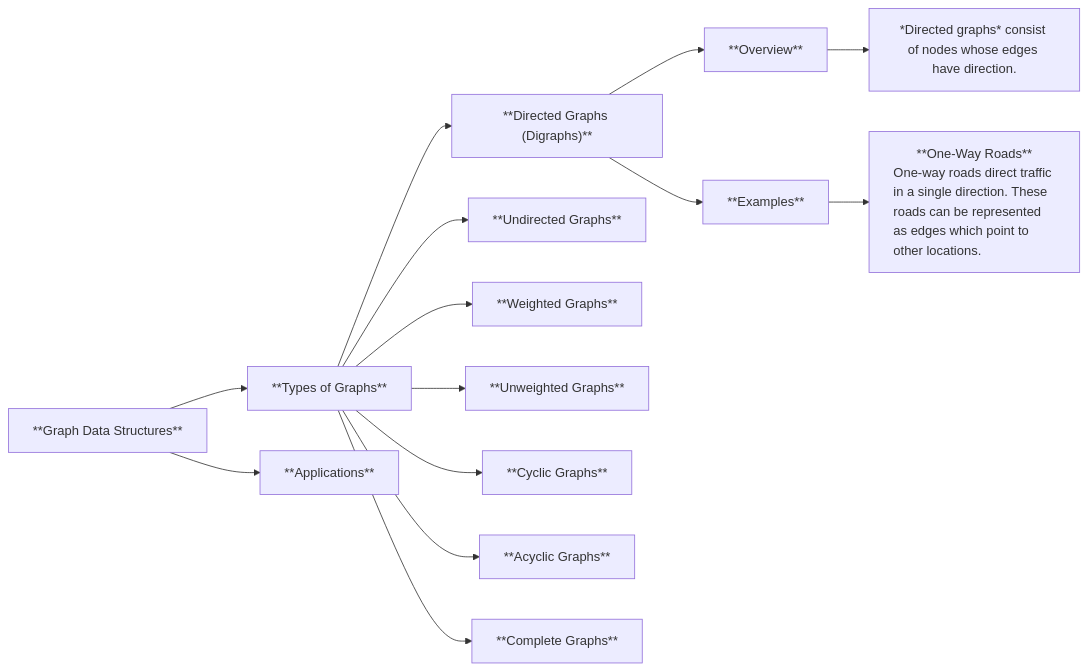
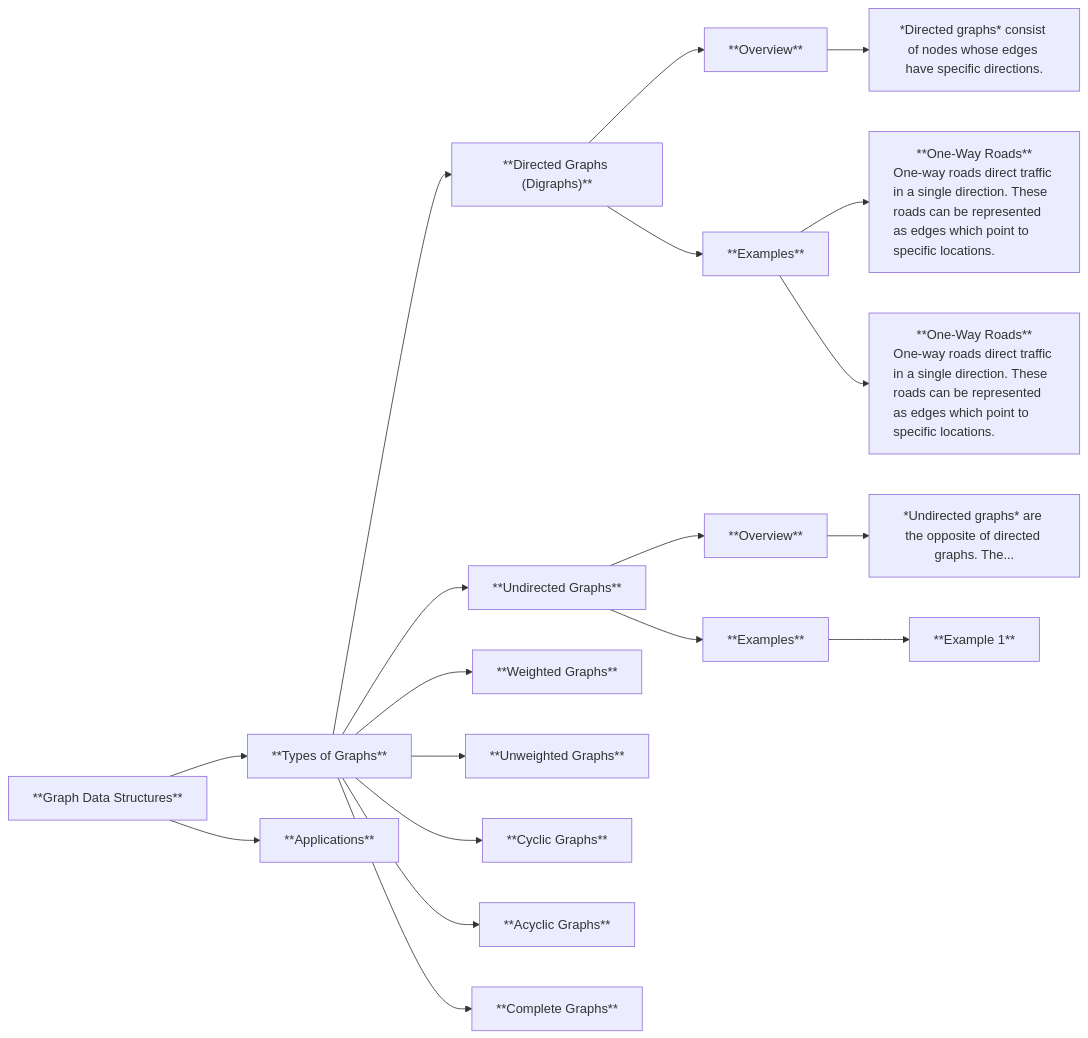
Before and after one commit to TheoDrHashiriya/mermaid: the diagram in graph.md, drawn with Mermaid.

Commit message:
some more unfinished, mostly sample text and content for graph

````diff
--- a/graph.md
+++ b/graph.md
@@ -1,30 +1,37 @@
 ```mermaid
 flowchart LR
 gds["**Graph Data Structures**"]
-
 gtype["**Types of Graphs**"]
 
 gdir["**Directed Graphs (Digraphs)**"]
 gdirov["**Overview**"]
-gdirovtxt["*Directed graphs* consist of nodes whose edges have direction."]
-gdirov-->gdirovtxt
+gdirovtxt["*Directed graphs* consist of nodes whose edges have specific directions."]
+gdir-->gdirov-->gdirovtxt
 
 gdirex["**Examples**"]
 gdirex1["**One-Way Roads**
-<p style='text-align:left;'>One-way roads direct traffic in a single direction. These roads can be represented as edges which point to other locations.</p>"]
-gdirex-->gdirex1
-
-gdir-->gdirov & gdirex
+<p style='text-align:left;'>One-way roads direct traffic in a single direction. These roads can be represented as edges which point to specific locations.</p>"]
+gdirex2["**One-Way Roads**
+<p style='text-align:left;'>One-way roads direct traffic in a single direction. These roads can be represented as edges which point to specific locations.</p>"]
+gdir-->gdirex-->gdirex1 & gdirex2
 
 gundir["**Undirected Graphs**"]
+gundirov["**Overview**"]
+gundirovtxt["*Undirected graphs* are the opposite of directed graphs. The..."]
+gundir-->gundirov-->gundirovtxt
+
+gundirex["**Examples**"]
+gundirex1["**Example 1**"]
+gundir-->gundirex-->gundirex1
+
 gwe["**Weighted Graphs**"]
 gunwe["**Unweighted Graphs**"]
 gcyc["**Cyclic Graphs**"]
 gacyc["**Acyclic Graphs**"]
 gcom["**Complete Graphs**"]
 
 gapp["**Applications**"]
 
 gds-->gtype & gapp
 gtype-->gdir & gundir & gwe & gunwe & gcyc & gacyc & gcom
 ```
````
